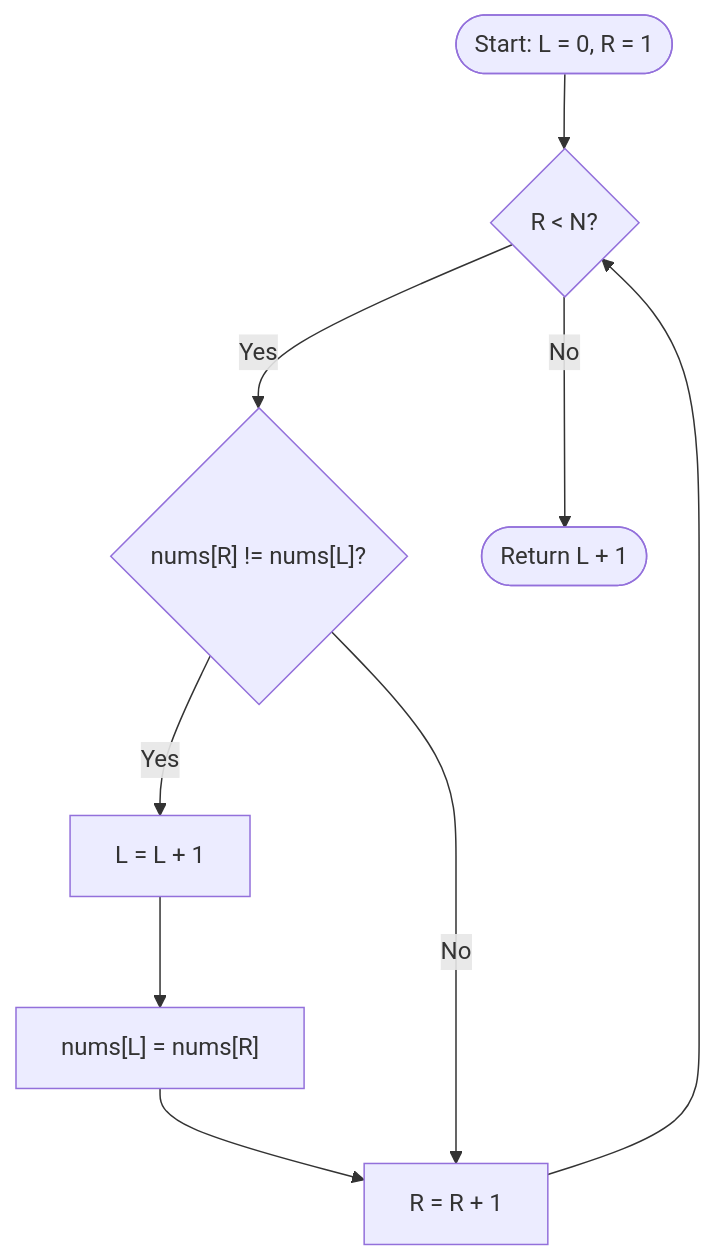
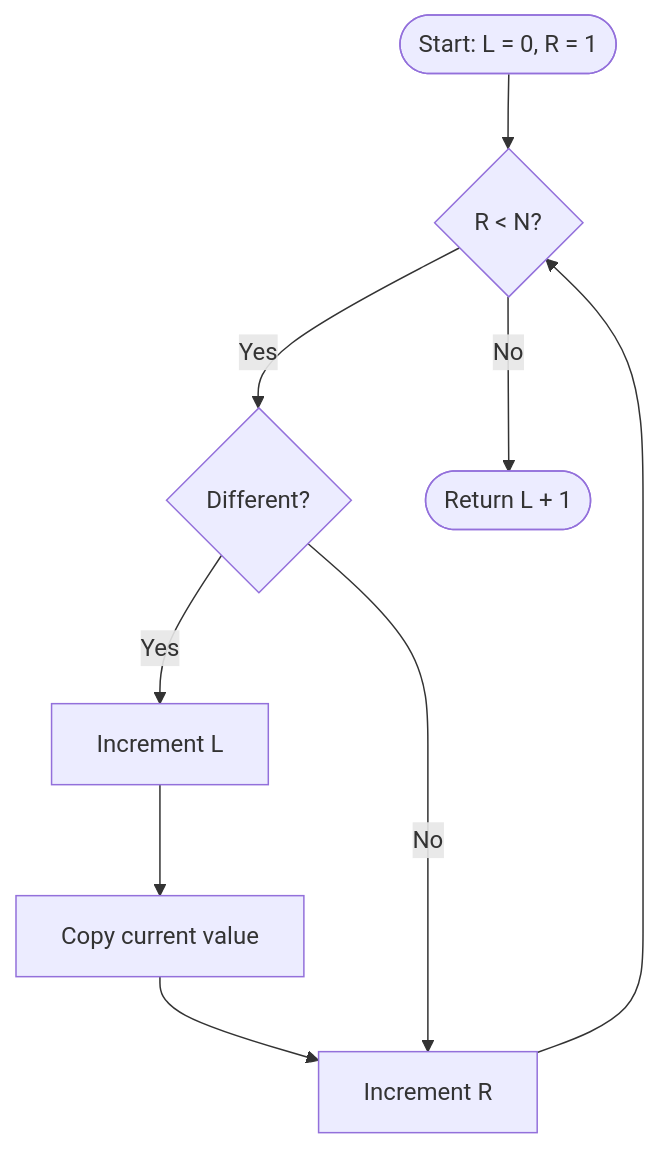
The diagram in 04_Arrays/005_Remove_Duplicates/README.md (shivani-chitukula/leetcode-tracker), drawn with Mermaid before and after one commit. The commit also changed other lines of this file, not shown here.

Commit message:
Day 4: Arrays part2 | Striver's A2Z Sheet
Updated flowchart in README to use simpler terminology.

````diff
--- a/04_Arrays/005_Remove_Duplicates/README.md
+++ b/04_Arrays/005_Remove_Duplicates/README.md
@@ -30,11 +30,11 @@
 ```mermaid
 flowchart TD
-    Start([Start: L = 0, R = 1]) --> Loop{"R < N?"}
-    Loop -- Yes --> Check{"nums[R] != nums[L]?"}
-    Check -- Yes --> MoveL["L = L + 1"]
-    MoveL --> Write["nums[L] = nums[R]"]
-    Write --> IncR["R = R + 1"]
+    Start([Start: L = 0, R = 1]) --> Loop{R < N?}
+    Loop -- Yes --> Check{Different?}
+    Check -- Yes --> MoveL[Increment L]
+    MoveL --> Write[Copy current value]
+    Write --> IncR[Increment R]
     Check -- No --> IncR
     IncR --> Loop
-    Loop -- No --> Return(["Return L + 1"])
+    Loop -- No --> Return([Return L + 1])
 ```
````
